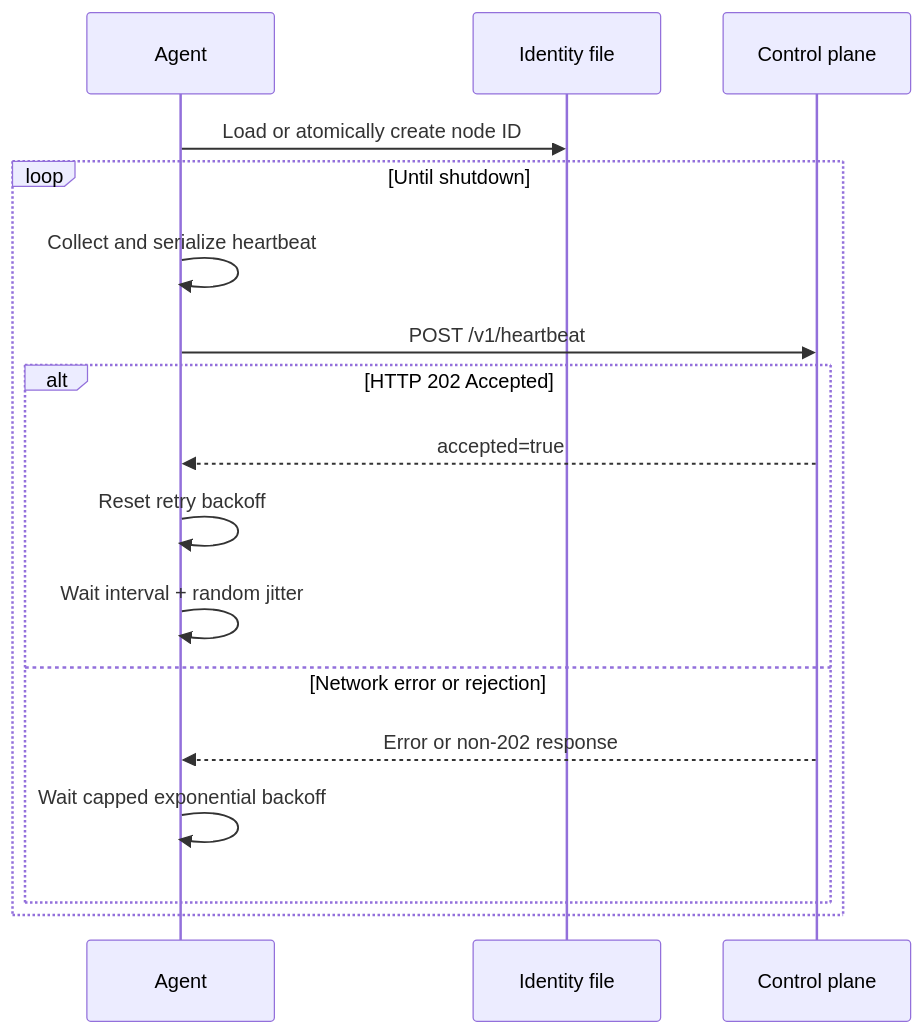
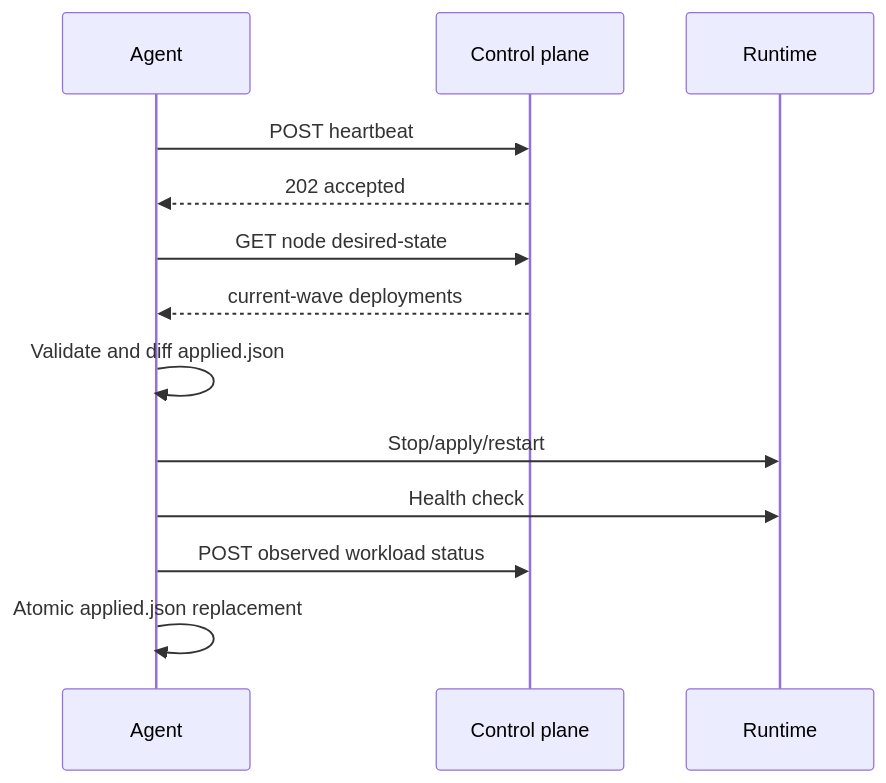
Before and after one commit to ziwon/nimbus: the third of 3 diagrams in docs/architecture.md, drawn with Mermaid. The commit also changed other lines of this file and 4 other files, not shown here.

````diff
--- a/docs/architecture.md
+++ b/docs/architecture.md
@@ -184,20 +169,16 @@
 ```mermaid
 sequenceDiagram
     participant A as Agent
-    participant I as Identity file
-    participant S as Control plane
+    participant C as Control plane
+    participant R as Runtime
 
-    A->>I: Load or atomically create node ID
-    loop Until shutdown
-        A->>A: Collect and serialize heartbeat
-        A->>S: POST /v1/heartbeat
-        alt HTTP 202 Accepted
-            S-->>A: accepted=true
-            A->>A: Reset retry backoff
-            A->>A: Wait interval + random jitter
-        else Network error or rejection
-            S-->>A: Error or non-202 response
-            A->>A: Wait capped exponential backoff
-        end
-    end
+    A->>C: POST heartbeat
+    C-->>A: 202 accepted
+    A->>C: GET node desired-state
+    C-->>A: current-wave deployments
+    A->>A: Validate and diff applied.json
+    A->>R: Stop/apply/restart
+    A->>R: Health check
+    A->>C: POST observed workload status
+    A->>A: Atomic applied.json replacement
 ```
````
